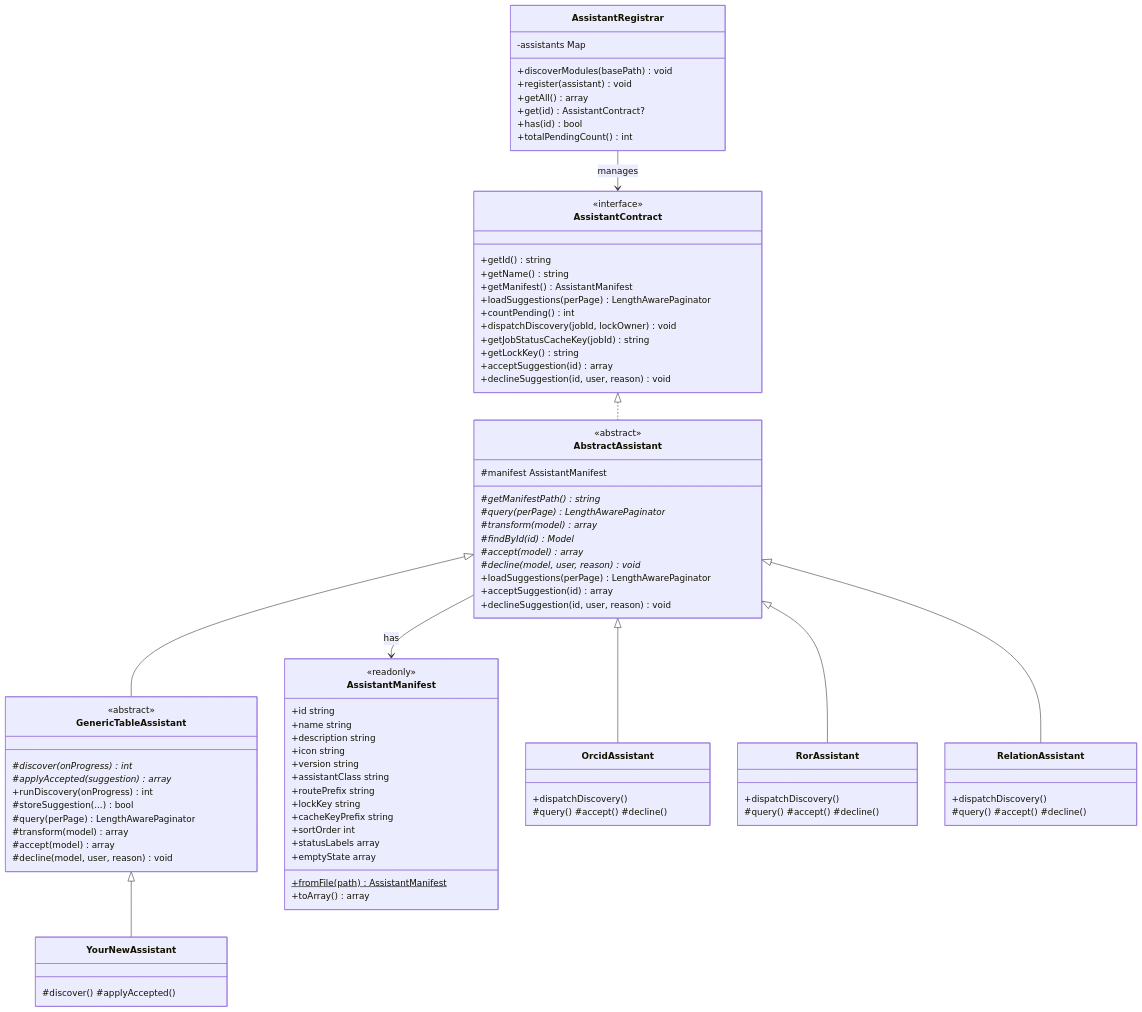
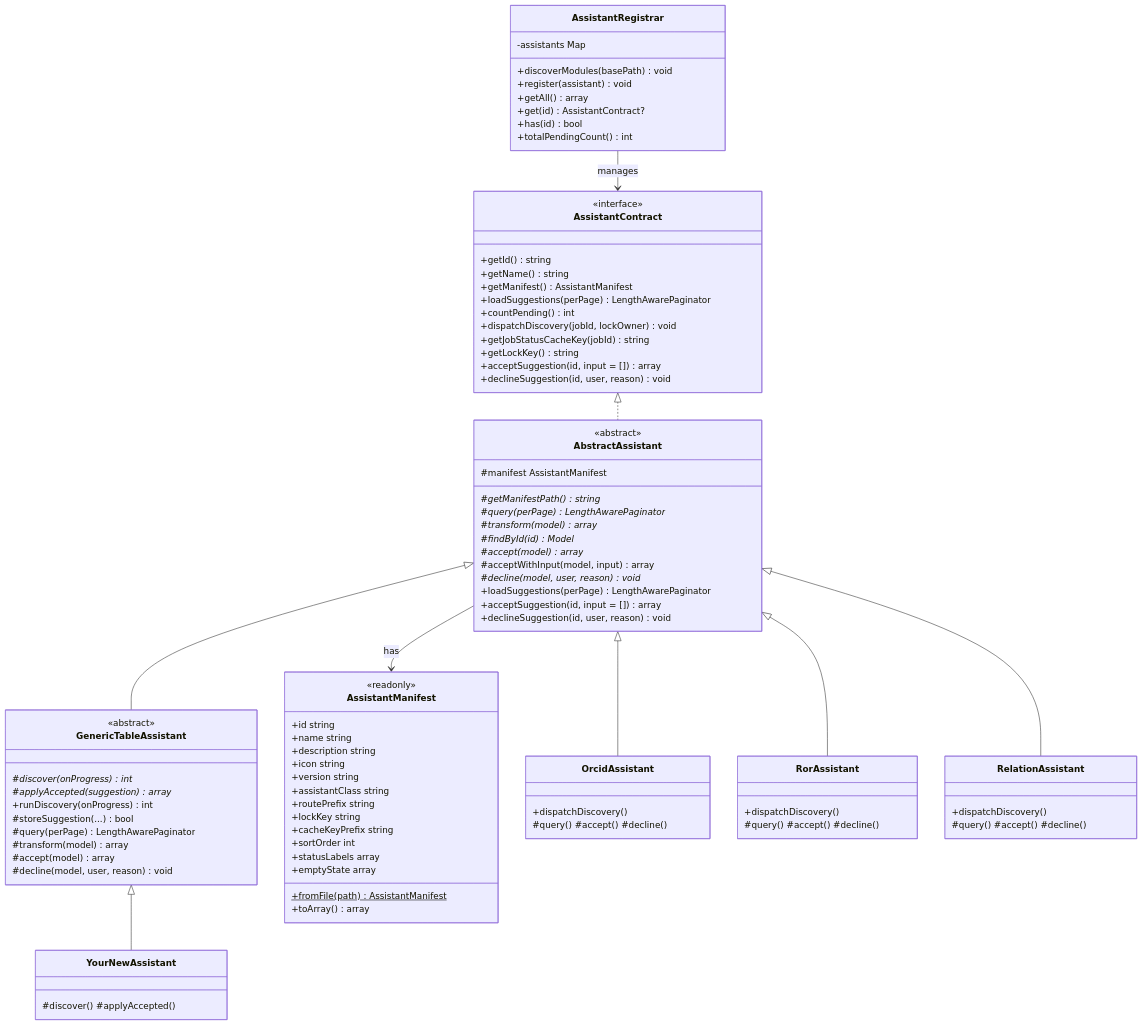
Before and after one commit to McNamara84/ernie: the first of 3 diagrams in modules/assistants/DEVELOPER_GUIDE.md, drawn with Mermaid. The commit also changed other lines of this file and 20 other files, not shown here.

```diff
--- a/modules/assistants/DEVELOPER_GUIDE.md
+++ b/modules/assistants/DEVELOPER_GUIDE.md
@@ -390,7 +390,7 @@
         +dispatchDiscovery(jobId, lockOwner) void
         +getJobStatusCacheKey(jobId) string
         +getLockKey() string
-        +acceptSuggestion(id) array
+        +acceptSuggestion(id, input = []) array
         +declineSuggestion(id, user, reason) void
     }
 
@@ -402,9 +402,10 @@
         #transform(model)* array
         #findById(id)* Model
         #accept(model)* array
+        #acceptWithInput(model, input) array
         #decline(model, user, reason)* void
         +loadSuggestions(perPage) LengthAwarePaginator
-        +acceptSuggestion(id) array
+        +acceptSuggestion(id, input = []) array
         +declineSuggestion(id, user, reason) void
     }
 
```
